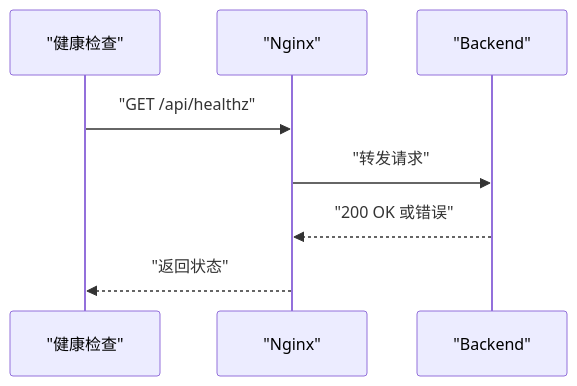
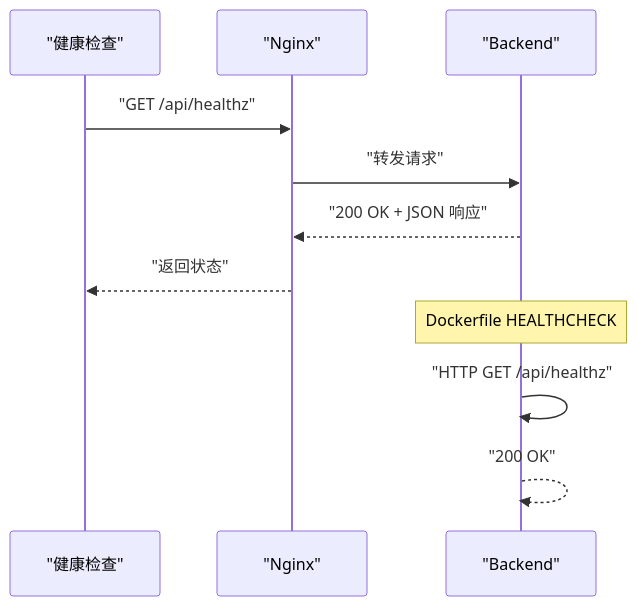
One commit to Will0253/zczk changed the fourth of 8 diagrams in .qoder/repowiki/zh/content/部署和运维/监控运维/健康检查机制.md. Above: the diagram before and after it, drawn with Mermaid. The commit also changed other lines of this file and 13 other files, not shown here.

````diff
--- a/.qoder/repowiki/zh/content/部署和运维/监控运维/健康检查机制.md
+++ b/.qoder/repowiki/zh/content/部署和运维/监控运维/健康检查机制.md
@@ -145,10 +179,13 @@
 ```mermaid
 sequenceDiagram
 participant HC as "健康检查"
 participant NG as "Nginx"
 participant BE as "Backend"
 HC->>NG : "GET /api/healthz"
 NG->>BE : "转发请求"
-BE-->>NG : "200 OK 或错误"
+BE-->>NG : "200 OK + JSON 响应"
 NG-->>HC : "返回状态"
+Note over BE : Dockerfile HEALTHCHECK
+BE->>BE : "HTTP GET /api/healthz"
+BE-->>BE : "200 OK"
 ```
````
